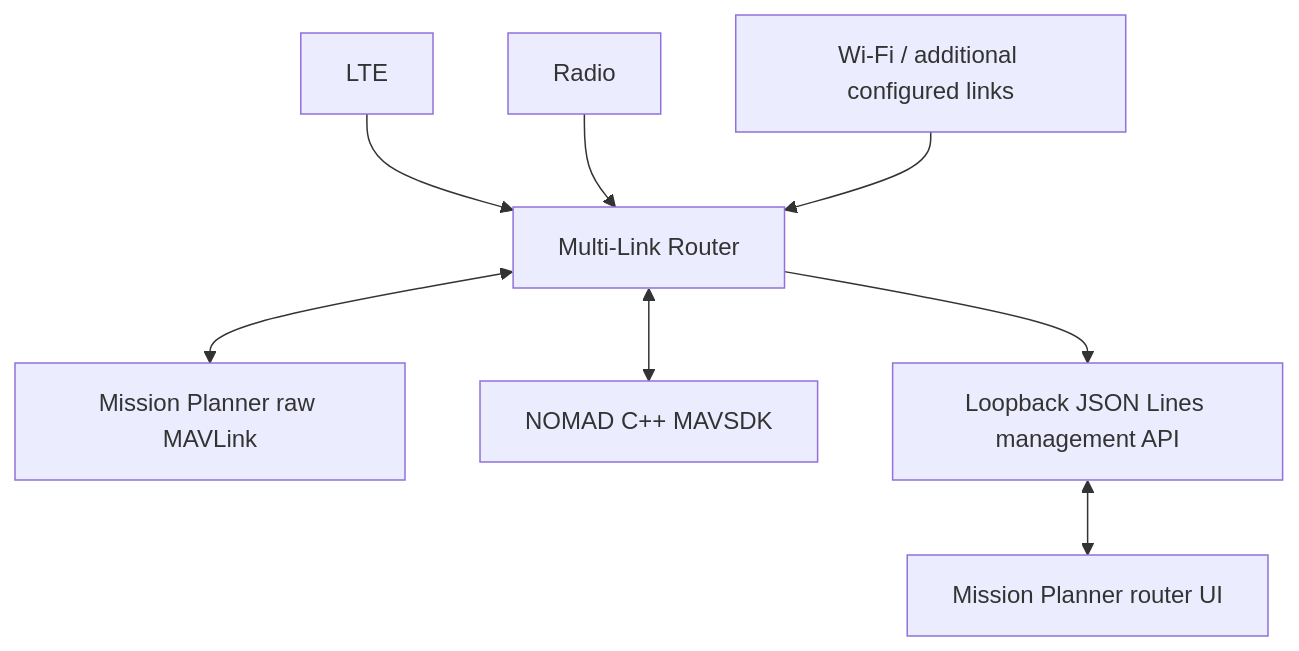
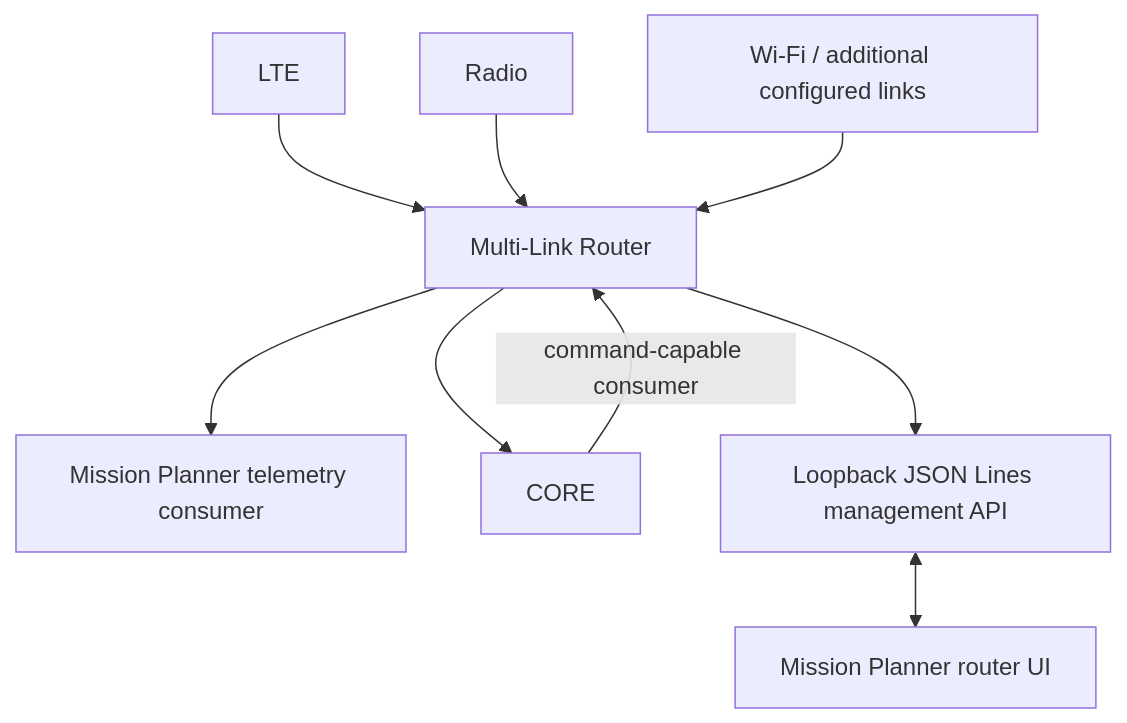
One commit to YoussGm3o8/NOMAD changed the second of 3 diagrams in docs/architecture.md. Above: the diagram before and after it, drawn with Mermaid. The commit also changed other lines of this file and 31 other files, not shown here.

````diff
--- a/docs/architecture.md
+++ b/docs/architecture.md
@@ -559,10 +561,11 @@
 ```mermaid
 flowchart TD
     LTE[LTE] --> ROUTER[Multi-Link Router]
     RADIO[Radio] --> ROUTER
     WIFI[Wi-Fi / additional configured links] --> ROUTER
-    ROUTER <--> MP[Mission Planner raw MAVLink]
-    ROUTER <--> CORE[NOMAD C++ MAVSDK]
+    ROUTER --> MP[Mission Planner telemetry consumer]
+    CORE -->|command-capable consumer| ROUTER
+    ROUTER --> CORE
     ROUTER --> MGMT[Loopback JSON Lines management API]
     MGMT <--> UI[Mission Planner router UI]
 ```
````
